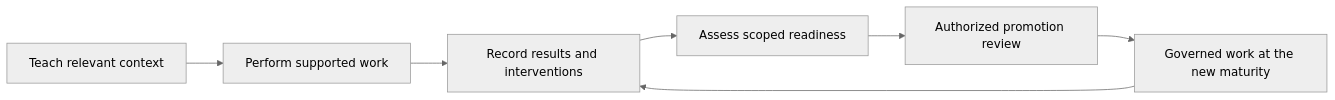
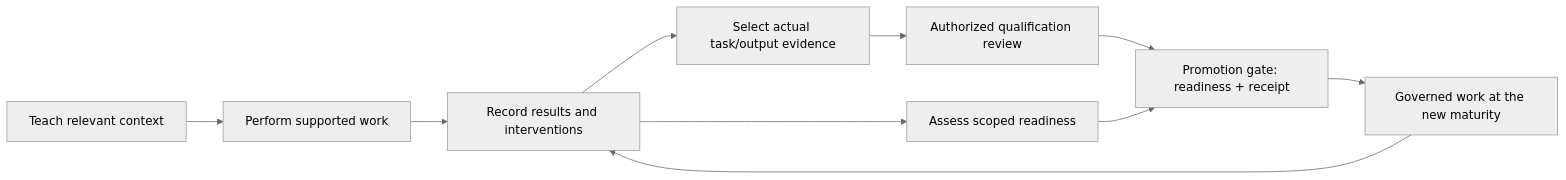
Before and after one commit to rush86999/atom: the diagram in docs/agents/TRAINING_AND_GRADUATION.md, drawn with Mermaid (neutral theme). The commit also changed other lines of this file and 3 other files, not shown here.

````diff
--- a/docs/agents/TRAINING_AND_GRADUATION.md
+++ b/docs/agents/TRAINING_AND_GRADUATION.md
@@ -31,9 +37,12 @@
 ```mermaid
 flowchart LR
     A[Teach relevant context] --> B[Perform supported work]
     B --> C[Record results and interventions]
     C --> D[Assess scoped readiness]
-    D --> E[Authorized promotion review]
-    E --> F[Governed work at the new maturity]
-    F --> C
+    C --> E[Select actual task/output evidence]
+    E --> F[Authorized qualification review]
+    F --> G[Promotion gate: readiness + receipt]
+    D --> G
+    G --> H[Governed work at the new maturity]
+    H --> C
 ```
````
